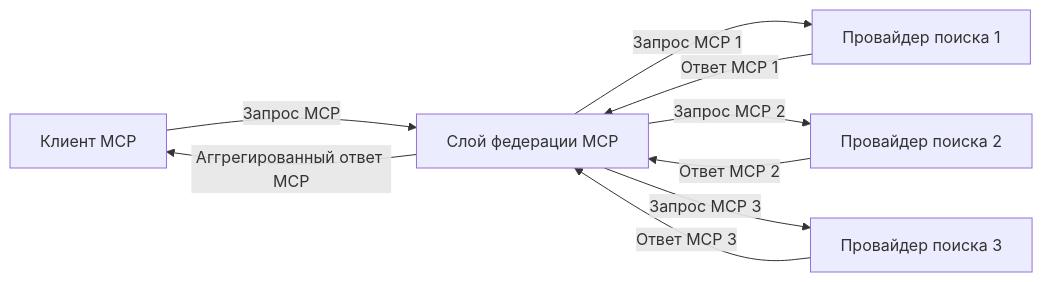
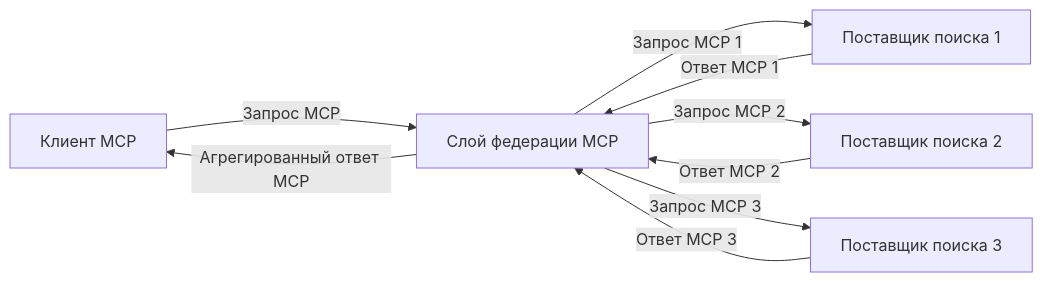
Before and after one commit to microsoft/mcp-for-beginners: the third of 4 diagrams in translations/ru/05-AdvancedTopics/mcp-realtimesearch/README.md, drawn with Mermaid. The commit also changed other lines of this file and 136 other files, not shown here.

````diff
--- a/translations/ru/05-AdvancedTopics/mcp-realtimesearch/README.md
+++ b/translations/ru/05-AdvancedTopics/mcp-realtimesearch/README.md
@@ -610,11 +612,11 @@
 ```mermaid
 graph LR
     Client[Клиент MCP] --> |Запрос MCP| Federation[Слой федерации MCP]
-    Federation --> |Запрос MCP 1| Search1[Провайдер поиска 1]
-    Federation --> |Запрос MCP 2| Search2[Провайдер поиска 2]
-    Federation --> |Запрос MCP 3| Search3[Провайдер поиска 3]
+    Federation --> |Запрос MCP 1| Search1[Поставщик поиска 1]
+    Federation --> |Запрос MCP 2| Search2[Поставщик поиска 2]
+    Federation --> |Запрос MCP 3| Search3[Поставщик поиска 3]
     Search1 --> |Ответ MCP 1| Federation
     Search2 --> |Ответ MCP 2| Federation
     Search3 --> |Ответ MCP 3| Federation
-    Federation --> |Аггрегированный ответ MCP| Client
+    Federation --> |Агрегированный ответ MCP| Client
 ```
````
